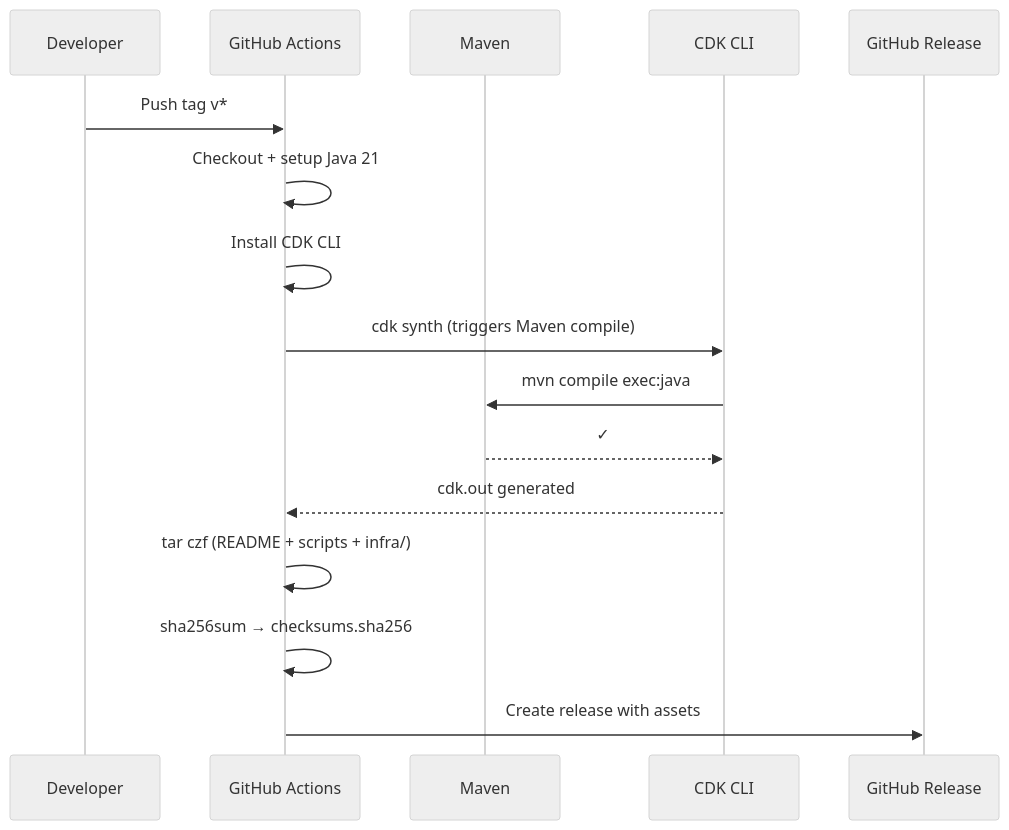
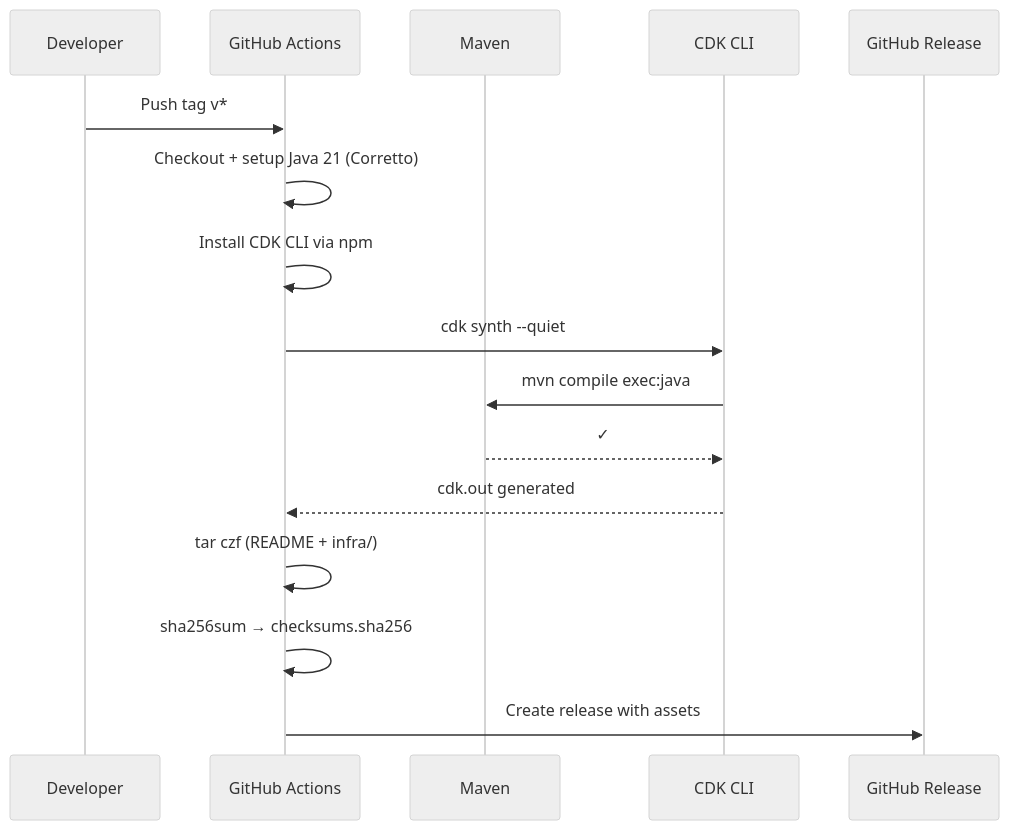
Before and after one commit to codriverlabs/express-compute-managed-k8s-infra: the third of 5 diagrams in .agents/summary/workflows.md, drawn with Mermaid (neutral theme). The commit also changed other lines of this file and 9 other files, not shown here.

````diff
--- a/.agents/summary/workflows.md
+++ b/.agents/summary/workflows.md
@@ -46,19 +48,19 @@
 ```mermaid
 sequenceDiagram
     participant Dev as Developer
     participant GH as GitHub Actions
     participant Maven
     participant CDK as CDK CLI
     participant Release as GitHub Release
 
     Dev->>GH: Push tag v*
-    GH->>GH: Checkout + setup Java 21
-    GH->>GH: Install CDK CLI
-    GH->>CDK: cdk synth (triggers Maven compile)
+    GH->>GH: Checkout + setup Java 21 (Corretto)
+    GH->>GH: Install CDK CLI via npm
+    GH->>CDK: cdk synth --quiet
     CDK->>Maven: mvn compile exec:java
     Maven-->>CDK: ✓
     CDK-->>GH: cdk.out generated
-    GH->>GH: tar czf (README + scripts + infra/)
+    GH->>GH: tar czf (README + infra/)
     GH->>GH: sha256sum → checksums.sha256
     GH->>Release: Create release with assets
 ```
````
